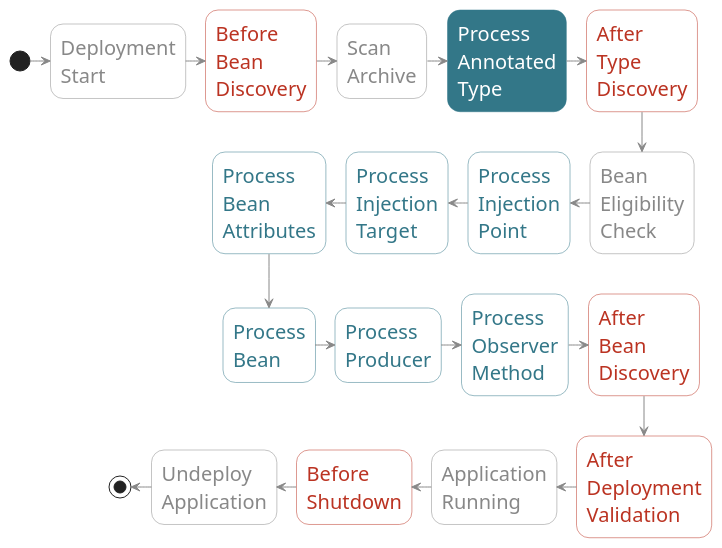
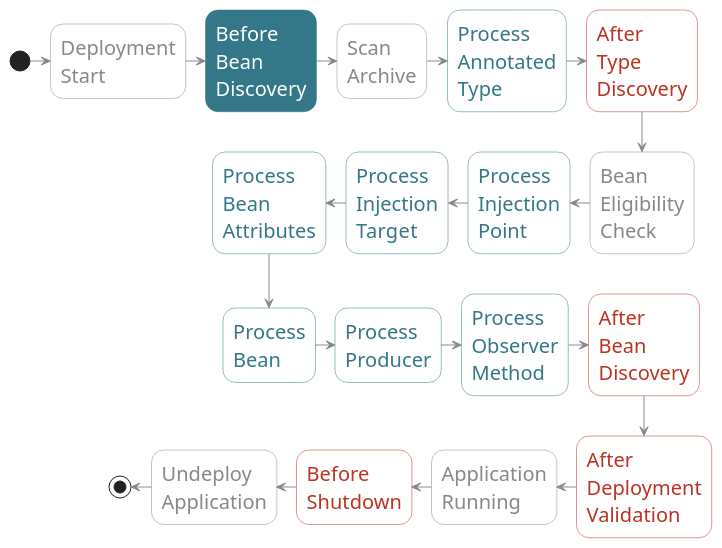
One commit to astefanutti/further-cdi changed the first of 2 diagrams in parts/metrics.adoc. Above: the diagram before and after it, drawn with PlantUML. The commit also changed other lines of this file and 1 other file, not shown here.

```diff
--- a/parts/metrics.adoc
+++ b/parts/metrics.adoc
@@ -156,50 +289,50 @@
 [plantuml, "lifecycle-pat", "svg", height="85%", width="95%"]
 ----
 @startuml
 
 skinparam shadowing false
 skinparam backgroundColor transparent
 skinparam defaultFontName Consolas
 
 skinparam activity {
   FontSize 20
   FontName Consolas
   FontColor #337788
   ArrowColor #888888
   BorderColor #337788
   BackgroundColor #white
 
   FontColor<< Internal >> #888888
   BorderColor<< Internal >> #888888
   BackgroundColor<< Internal >> #white
 
   FontColor<< Once >> #BB3322
   BorderColor<< Once >> #BB3322
   BackgroundColor<< Once >> #white
 
   FontColor<< Highlight >> white
   BorderColor<< Highlight >> #337788
   BackgroundColor<< Highlight >> #337788
 }
 
 (*) -right-> "Deployment\nStart" << Internal >>
--right-> "Before\nBean\nDiscovery" << Once >>
+-right-> "Before\nBean\nDiscovery" <<Highlight>>
 -right-> "Scan\nArchive" << Internal >>
--right-> "Process\nAnnotated\nType" <<Highlight>>
+-right-> "Process\nAnnotated\nType"
 -right-> "After\nType\nDiscovery" << Once >>
 -down-> "Bean\nEligibility\nCheck" << Internal >>
 -left-> "Process\nInjection\nPoint"
 -left-> "Process\nInjection\nTarget"
 -left-> "Process\nBean\nAttributes"
 -down-> "Process\nBean"
 -right-> "Process\nProducer"
 -right-> "Process\nObserver\nMethod"
 -right-> "After\nBean\nDiscovery" << Once >>
 -down-> "After\nDeployment\nValidation" << Once >>
 -left-> "Application\nRunning" << Internal >>
 -left-> "Before\nShutdown" << Once >>
 -left-> "Undeploy\nApplication" << Internal >>
 -left-> (*)
 
 @enduml
 ----
```
